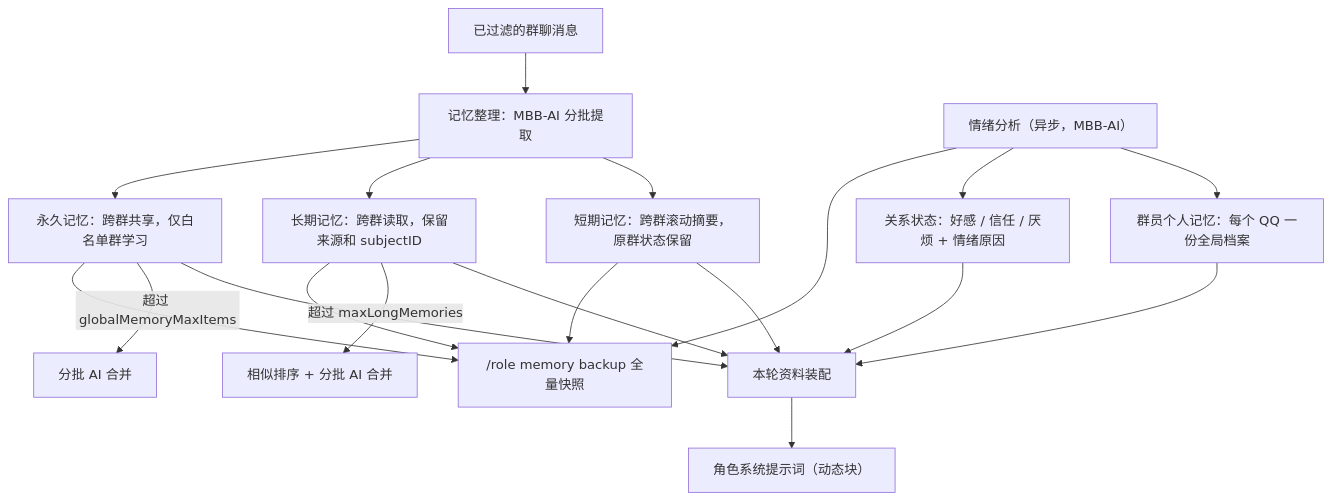
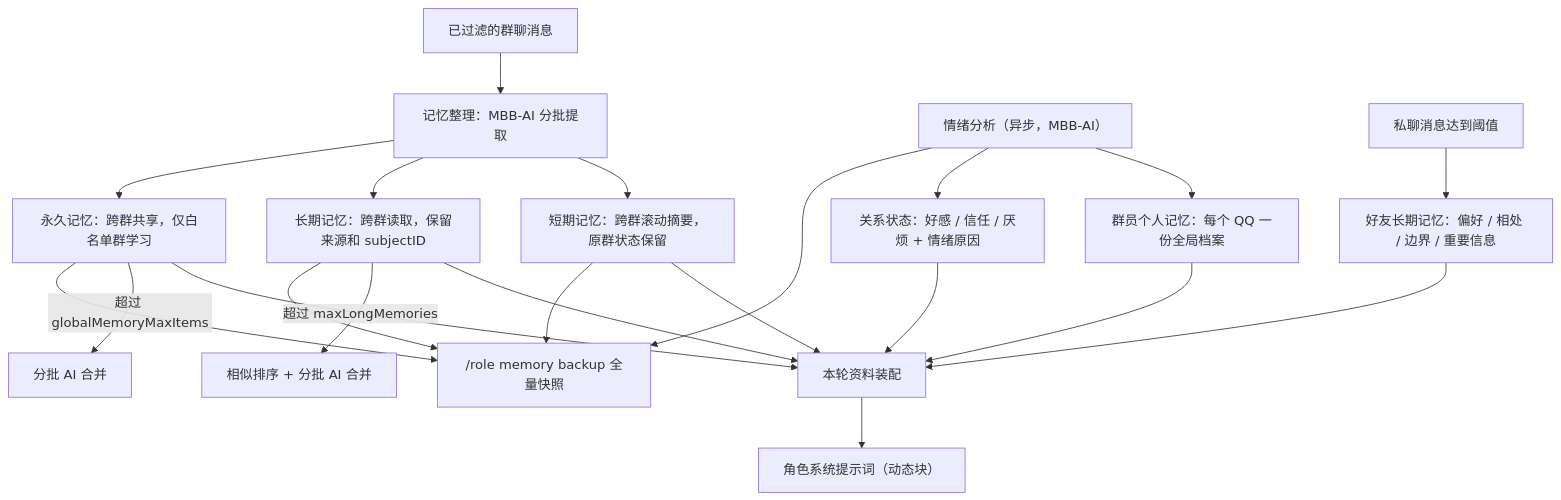
The second of 5 diagrams in MBB-Roleplay/README.md (MossCG/MBB-Plugins), drawn with Mermaid before and after one commit. The commit also changed other lines of this file and 23 other files, not shown here.

````diff
--- a/MBB-Roleplay/README.md
+++ b/MBB-Roleplay/README.md
@@ -85,24 +85,26 @@
 ```mermaid
 flowchart TD
     MSG["已过滤的群聊消息"] --> EXTRACT["记忆整理：MBB-AI 分批提取"]
     EXTRACT --> ST["短期记忆：跨群滚动摘要，原群状态保留"]
     EXTRACT --> LT["长期记忆：跨群读取，保留来源和 subjectID"]
     EXTRACT --> GM["永久记忆：跨群共享，仅白名单群学习"]
 
     EMO["情绪分析（异步，MBB-AI）"] --> MM["群员个人记忆：每个 QQ 一份全局档案"]
     EMO --> REL["关系状态：好感 / 信任 / 厌烦 + 情绪原因"]
+    PRIVATE["私聊消息达到阈值"] --> FM["好友长期记忆：偏好 / 相处 / 边界 / 重要信息"]
 
     ST --> ASSEMBLE["本轮资料装配"]
     LT --> ASSEMBLE
     GM --> ASSEMBLE
     MM --> ASSEMBLE
+    FM --> ASSEMBLE
     REL --> ASSEMBLE
     ASSEMBLE --> PROMPT["角色系统提示词（动态块）"]
 
     LT -->|超过 maxLongMemories| MERGE["相似排序 + 分批 AI 合并"]
     GM -->|超过 globalMemoryMaxItems| GMERGE["分批 AI 合并"]
     ST --> BACKUP["/role memory backup 全量快照"]
     LT --> BACKUP
     GM --> BACKUP
     EMO --> BACKUP
 ```
````
